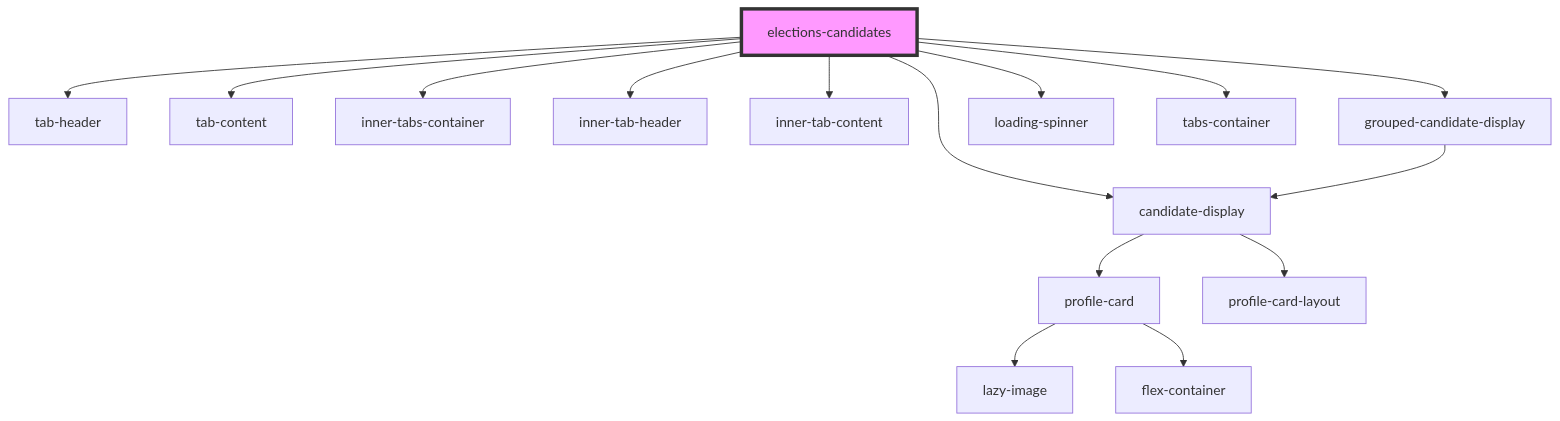
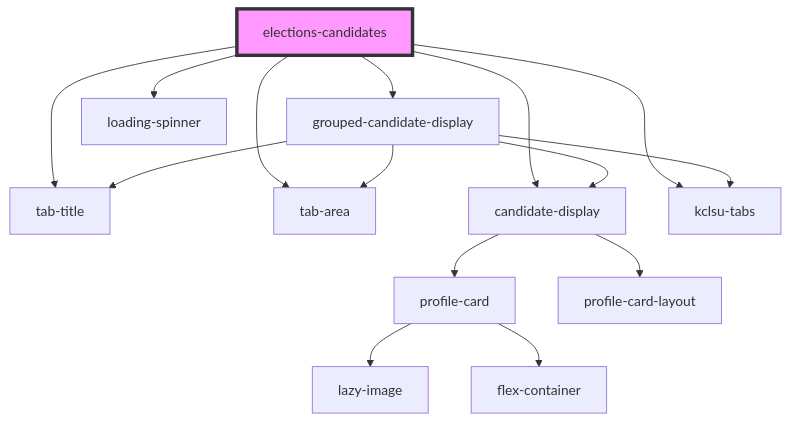
One commit to dev-kylo/component_library changed the diagram in src/components/projects/elections/elections-candidates/readme.md. Above: the diagram before and after it, drawn with Mermaid. The commit also changed other lines of this file and 32 other files, not shown here.

````diff
--- a/src/components/projects/elections/elections-candidates/readme.md
+++ b/src/components/projects/elections/elections-candidates/readme.md
@@ -32,18 +29,18 @@
 ```mermaid
 graph TD;
-  elections-candidates --> tab-header
-  elections-candidates --> tab-content
+  elections-candidates --> tab-title
+  elections-candidates --> tab-area
   elections-candidates --> candidate-display
-  elections-candidates --> inner-tabs-container
-  elections-candidates --> inner-tab-header
-  elections-candidates --> inner-tab-content
+  elections-candidates --> kclsu-tabs
   elections-candidates --> grouped-candidate-display
   elections-candidates --> loading-spinner
-  elections-candidates --> tabs-container
   candidate-display --> profile-card
   candidate-display --> profile-card-layout
   profile-card --> lazy-image
   profile-card --> flex-container
+  grouped-candidate-display --> tab-title
+  grouped-candidate-display --> tab-area
   grouped-candidate-display --> candidate-display
+  grouped-candidate-display --> kclsu-tabs
   style elections-candidates fill:#f9f,stroke:#333,stroke-width:4px
 ```
````
